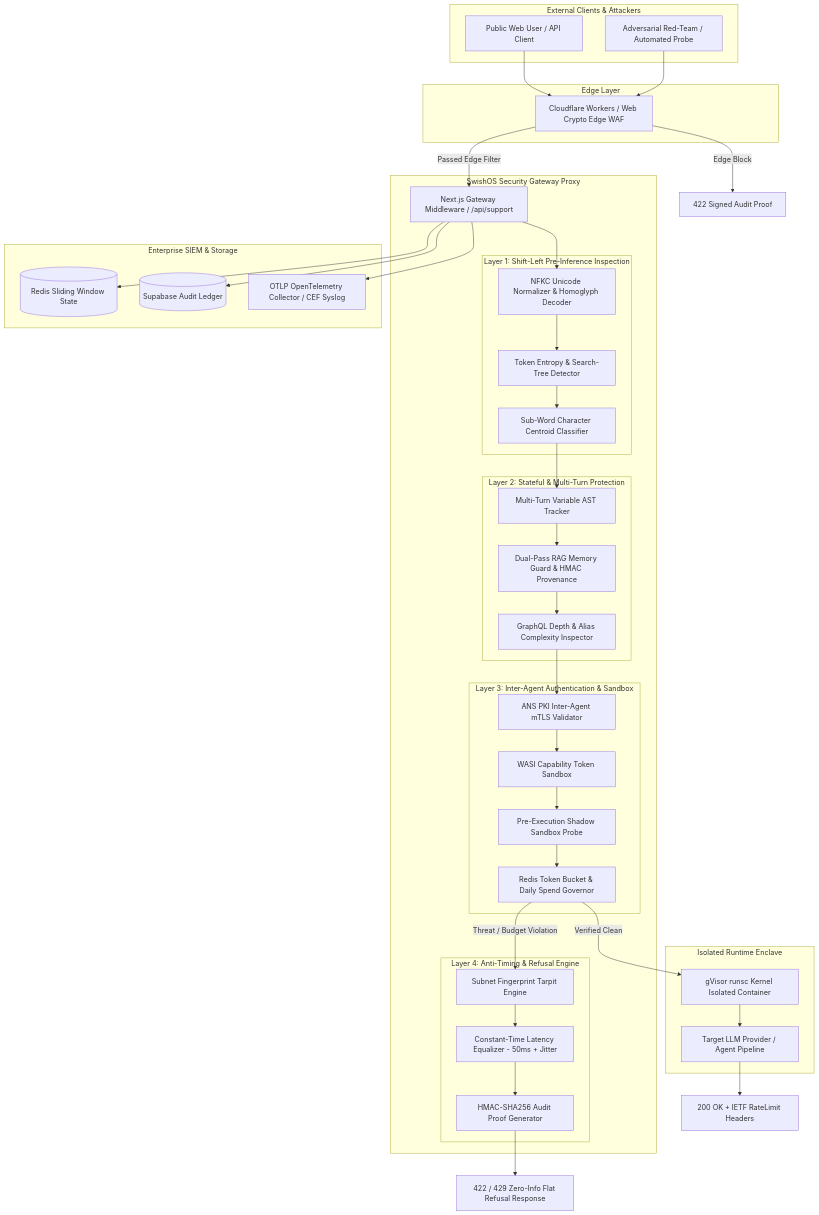
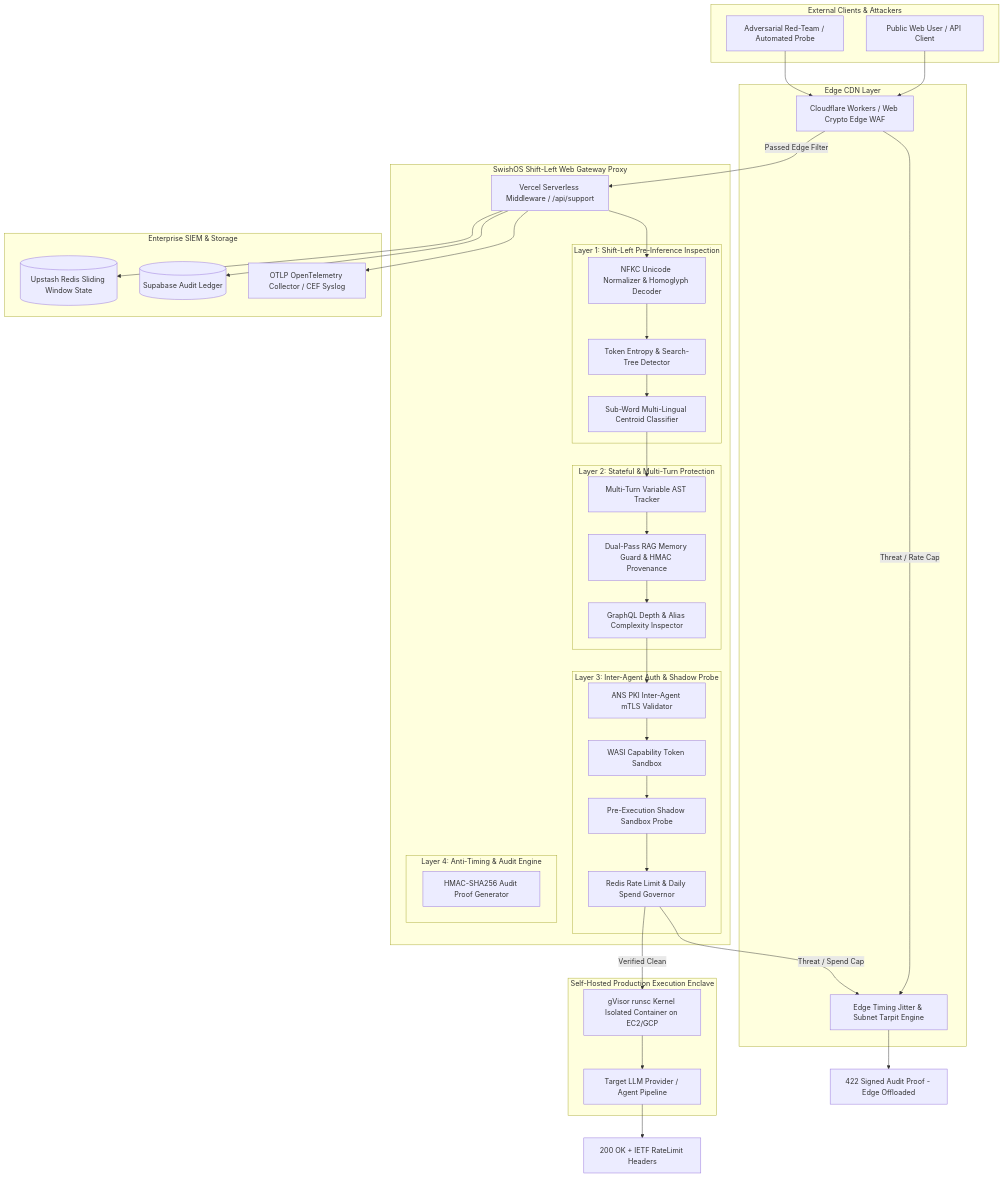
One commit to Muneeb7860/swishos-portfolio changed the first of 3 diagrams in HLD.md. Above: the diagram before and after it, drawn with Mermaid. The commit also changed other lines of this file and 4 other files, not shown here.

Commit message:
feat(security): implement robust fixes for P0/P1/P2 audit findings, multi-lingual centroids, AST tracking & production fail-closed redis

````diff
--- a/HLD.md
+++ b/HLD.md
@@ -13,80 +15,77 @@
 ```mermaid
 graph TD
     subgraph External Clients & Attackers
         Client[Public Web User / API Client]
         Attacker[Adversarial Red-Team / Automated Probe]
     end
 
-    subgraph Edge Layer
+    subgraph Edge CDN Layer
         EdgeWAF[Cloudflare Workers / Web Crypto Edge WAF]
+        EdgeTarpit[Edge Timing Jitter & Subnet Tarpit Engine]
     end
 
-    subgraph SwishOS Security Gateway Proxy
-        Gateway[Next.js Gateway Middleware / /api/support]
+    subgraph SwishOS Shift-Left Web Gateway Proxy
+        Gateway[Vercel Serverless Middleware / /api/support]
         
         subgraph Layer 1: Shift-Left Pre-Inference Inspection
             NFKC[NFKC Unicode Normalizer & Homoglyph Decoder]
             Entropy[Token Entropy & Search-Tree Detector]
-            Centroid[Sub-Word Character Centroid Classifier]
+            Centroid[Sub-Word Multi-Lingual Centroid Classifier]
         end
         
         subgraph Layer 2: Stateful & Multi-Turn Protection
             ASTTrack[Multi-Turn Variable AST Tracker]
             MemGuard[Dual-Pass RAG Memory Guard & HMAC Provenance]
             GraphQLGuard[GraphQL Depth & Alias Complexity Inspector]
         end
 
-        subgraph Layer 3: Inter-Agent Authentication & Sandbox
+        subgraph Layer 3: Inter-Agent Auth & Shadow Probe
             mTLS[ANS PKI Inter-Agent mTLS Validator]
             WASMSandbox[WASI Capability Token Sandbox]
             ShadowProbe[Pre-Execution Shadow Sandbox Probe]
-            RateGovernor[Redis Token Bucket & Daily Spend Governor]
+            RateGovernor[Redis Rate Limit & Daily Spend Governor]
         end
 
-        subgraph Layer 4: Anti-Timing & Refusal Engine
-            Tarpit[Subnet Fingerprint Tarpit Engine]
-            TimingJitter[Constant-Time Latency Equalizer - 50ms + Jitter]
+        subgraph Layer 4: Anti-Timing & Audit Engine
             AuditProof[HMAC-SHA256 Audit Proof Generator]
         end
     end
 
-    subgraph Isolated Runtime Enclave
-        gVisor[gVisor runsc Kernel Isolated Container]
+    subgraph Self-Hosted Production Execution Enclave
+        gVisor[gVisor runsc Kernel Isolated Container on EC2/GCP]
         TargetLLM[Target LLM Provider / Agent Pipeline]
     end
 
     subgraph Enterprise SIEM & Storage
-        Redis[(Redis Sliding Window State)]
+        Redis[(Upstash Redis Sliding Window State)]
         PostgreSQL[(Supabase Audit Ledger)]
         OTLP[OTLP OpenTelemetry Collector / CEF Syslog]
     end
 
     Client --> EdgeWAF
     Attacker --> EdgeWAF
     EdgeWAF -->|Passed Edge Filter| Gateway
-    EdgeWAF -->|Edge Block| EdgeRefusal[422 Signed Audit Proof]
+    EdgeWAF -->|Threat / Rate Cap| EdgeTarpit
+    EdgeTarpit --> EdgeRefusal[422 Signed Audit Proof - Edge Offloaded]
 
     Gateway --> NFKC
     NFKC --> Entropy
     Entropy --> Centroid
     Centroid --> ASTTrack
     ASTTrack --> MemGuard
     MemGuard --> GraphQLGuard
     GraphQLGuard --> mTLS
     mTLS --> WASMSandbox
     WASMSandbox --> ShadowProbe
     ShadowProbe --> RateGovernor
 
-    RateGovernor -->|Threat / Budget Violation| Tarpit
-    Tarpit --> TimingJitter
-    TimingJitter --> AuditProof
-    AuditProof --> RefusalResponse[422 / 429 Zero-Info Flat Refusal Response]
+    RateGovernor -->|Threat / Spend Cap| EdgeTarpit
+    RateGovernor -->|Verified Clean| gVisor
 
-    RateGovernor -->|Verified Clean| gVisor
     gVisor --> TargetLLM
     TargetLLM --> ClientResponse[200 OK + IETF RateLimit Headers]
 
     Gateway --> Redis
     Gateway --> PostgreSQL
     Gateway --> OTLP
 ```
````
